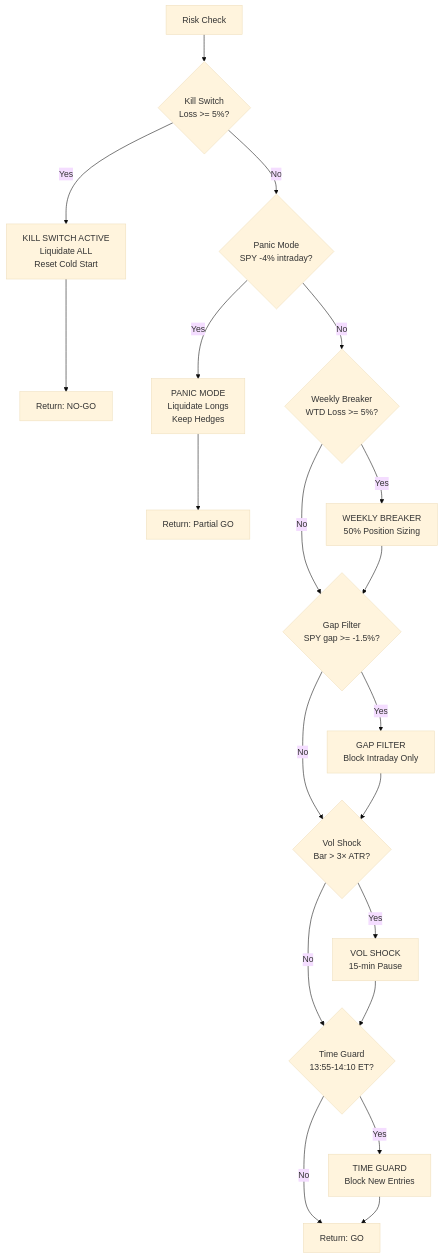
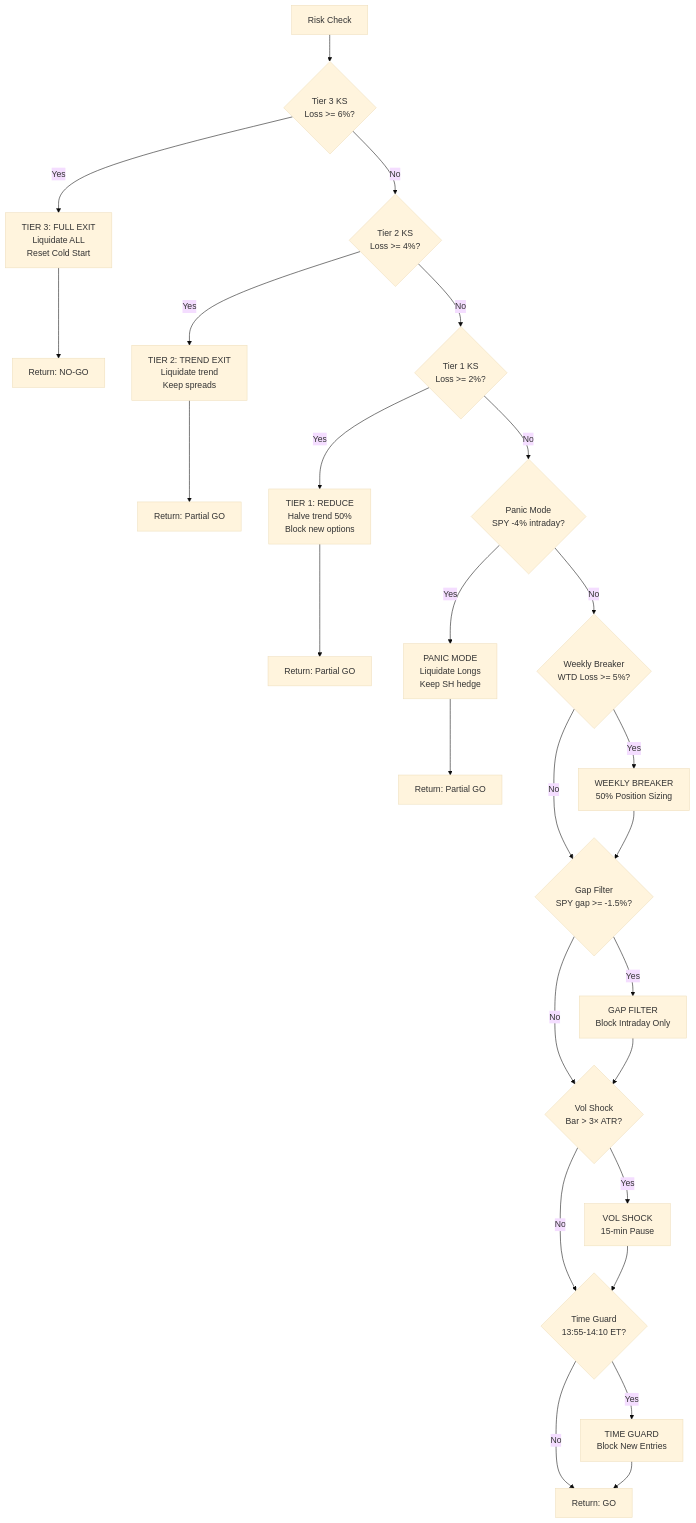
Before and after one commit to vickdavinci/alpha-nextgen-v2-private: the fourth of 13 diagrams in docs/system/ENGINE_LOGIC_REFERENCE.md, drawn with Mermaid (base theme). The commit also changed other lines of this file and 17 other files, not shown here.

````diff
--- a/docs/system/ENGINE_LOGIC_REFERENCE.md
+++ b/docs/system/ENGINE_LOGIC_REFERENCE.md
@@ -216,30 +207,38 @@
 ```mermaid
 flowchart TD
-    START[Risk Check] --> KS{Kill Switch<br/>Loss >= 5%?}
+    START[Risk Check] --> KS3{Tier 3 KS<br/>Loss >= 6%?}
 
-    KS -->|Yes| KS_ACT[KILL SWITCH ACTIVE<br/>Liquidate ALL<br/>Reset Cold Start]
-    KS_ACT --> RETURN_NOGO[Return: NO-GO]
+    KS3 -->|Yes| KS3_ACT[TIER 3: FULL EXIT<br/>Liquidate ALL<br/>Reset Cold Start]
+    KS3_ACT --> RETURN_NOGO[Return: NO-GO]
 
-    KS -->|No| PM{Panic Mode<br/>SPY -4% intraday?}
-    PM -->|Yes| PM_ACT[PANIC MODE<br/>Liquidate Longs<br/>Keep Hedges]
-    PM_ACT --> RETURN_PARTIAL[Return: Partial GO]
+    KS3 -->|No| KS2{Tier 2 KS<br/>Loss >= 4%?}
+    KS2 -->|Yes| KS2_ACT[TIER 2: TREND EXIT<br/>Liquidate trend<br/>Keep spreads]
+    KS2_ACT --> RETURN_PARTIAL1[Return: Partial GO]
+
+    KS2 -->|No| KS1{Tier 1 KS<br/>Loss >= 2%?}
+    KS1 -->|Yes| KS1_ACT[TIER 1: REDUCE<br/>Halve trend 50%<br/>Block new options]
+    KS1_ACT --> RETURN_PARTIAL2[Return: Partial GO]
+
+    KS1 -->|No| PM{Panic Mode<br/>SPY -4% intraday?}
+    PM -->|Yes| PM_ACT[PANIC MODE<br/>Liquidate Longs<br/>Keep SH hedge]
+    PM_ACT --> RETURN_PARTIAL3[Return: Partial GO]
 
     PM -->|No| WB{Weekly Breaker<br/>WTD Loss >= 5%?}
     WB -->|Yes| WB_ACT[WEEKLY BREAKER<br/>50% Position Sizing]
 
     WB -->|No| GAP{Gap Filter<br/>SPY gap >= -1.5%?}
     GAP -->|Yes| GAP_ACT[GAP FILTER<br/>Block Intraday Only]
 
     GAP -->|No| VOL{Vol Shock<br/>Bar > 3× ATR?}
     VOL -->|Yes| VOL_ACT[VOL SHOCK<br/>15-min Pause]
 
     VOL -->|No| TG{Time Guard<br/>13:55-14:10 ET?}
     TG -->|Yes| TG_ACT[TIME GUARD<br/>Block New Entries]
 
     TG -->|No| RETURN_GO[Return: GO]
 
     WB_ACT --> GAP
     GAP_ACT --> VOL
     VOL_ACT --> TG
     TG_ACT --> RETURN_GO
 ```
````
